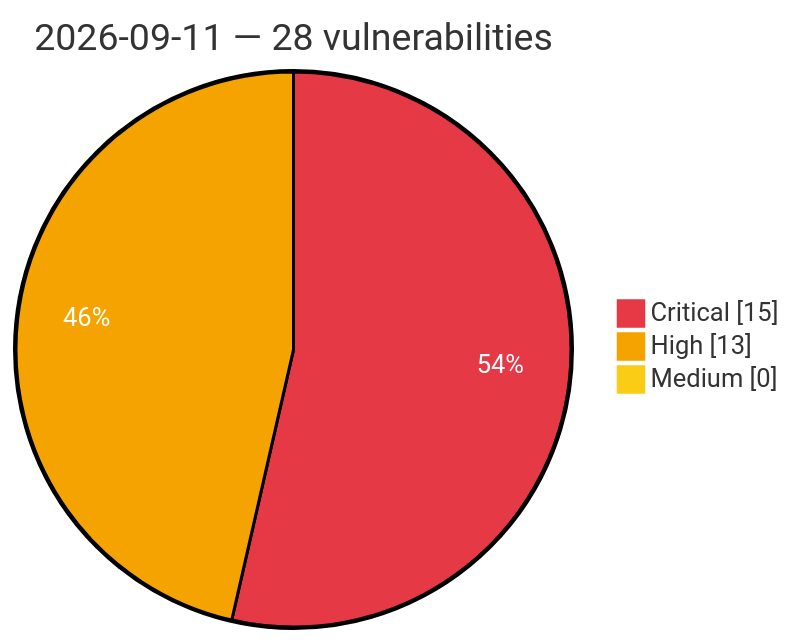
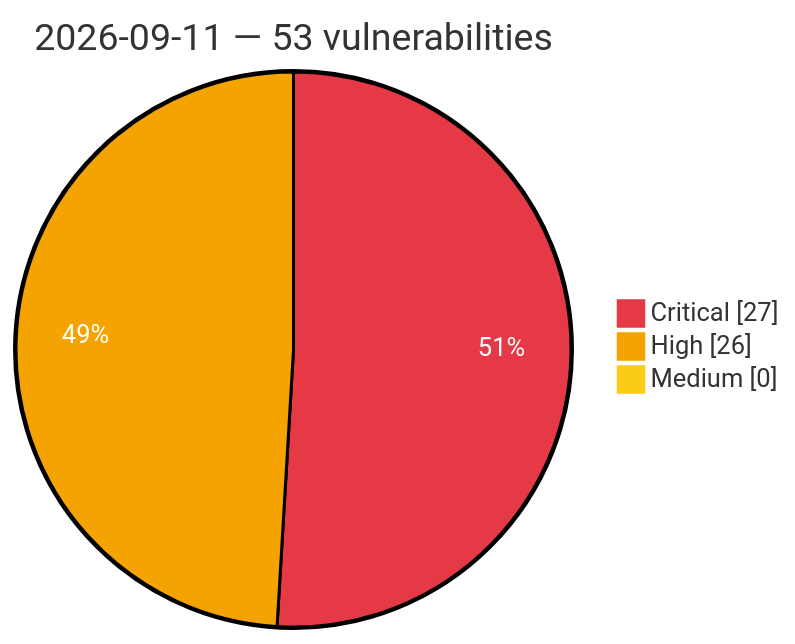
The diagram in vulnerabilities/2026/September/2026-09-11.md (GhostX0X/vuln-tracker), drawn with Mermaid before and after one commit. The commit also changed other lines of this file and 5 other files, not shown here.

Commit message:
Auto update: critical/high vulns (2026-09-11 18:22 UTC)

````diff
--- a/vulnerabilities/2026/September/2026-09-11.md
+++ b/vulnerabilities/2026/September/2026-09-11.md
@@ -3,8 +3,8 @@
 ```mermaid
 %%{init: {'theme':'base', 'themeVariables': {'pie1':'#e63946', 'pie2':'#f4a300', 'pie3':'#facc15', 'pieOpacity':'1', 'pieOuterStrokeWidth':'2px', 'pieSectionTextColor':'#ffffff'}}}%%
 pie showData
-    title 2026-09-11 — 28 vulnerabilities
-    "Critical" : 15
-    "High" : 13
+    title 2026-09-11 — 53 vulnerabilities
+    "Critical" : 27
+    "High" : 26
     "Medium" : 0
 ```
````
